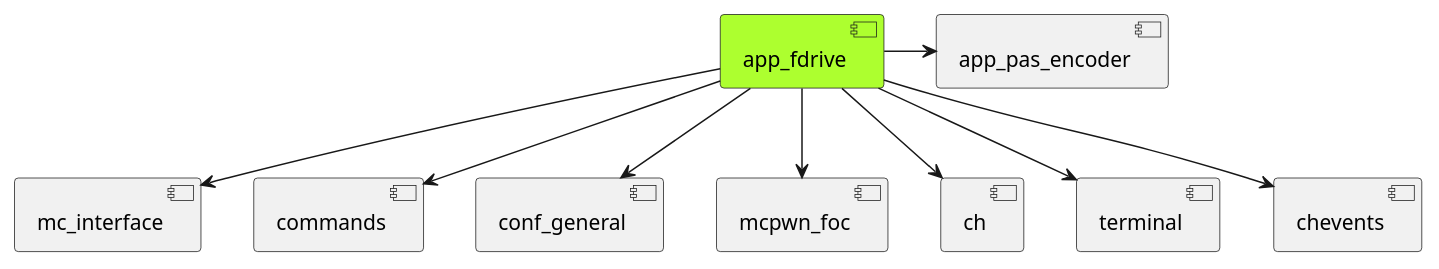
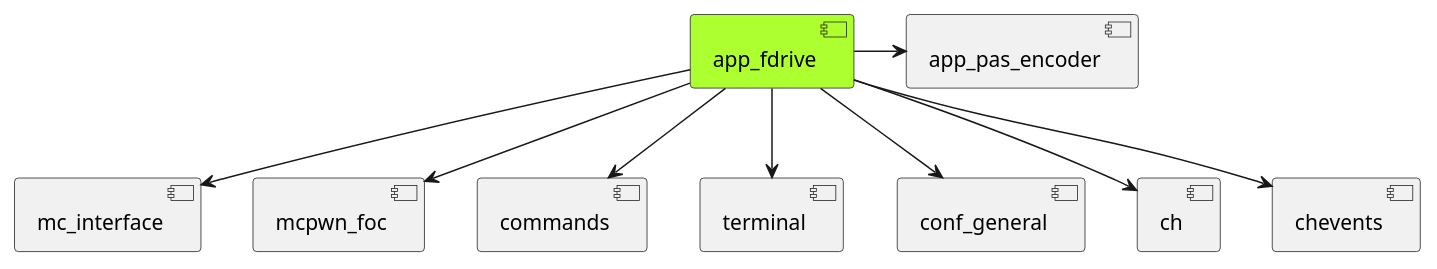
Before and after one commit to PiotrStrzalka/PiotrStrzalka.github.io: the diagram in uml/fdrive-components-cooperation.iuml, drawn with PlantUML. The commit also changed 12 other files, not shown here.

```diff
--- a/uml/fdrive-components-cooperation.iuml
+++ b/uml/fdrive-components-cooperation.iuml
@@ -1,24 +1,25 @@
 @startuml
 
 [app_fdrive] #GreenYellow
+[app_pas_encoder]
 [mc_interface]
-[app_pas_encoder]
+[mcpwn_foc]
 [commands]
+[terminal]
 [conf_general]
-[mcpwn_foc]
 [ch]
-[terminal]
+
 [chevents]
 
 app_fdrive -right-> app_pas_encoder
 app_fdrive --> mc_interface
+app_fdrive --> mcpwn_foc
 app_fdrive --> commands
+app_fdrive --> terminal
 app_fdrive --> conf_general
-app_fdrive --> mcpwn_foc
 app_fdrive --> ch
-app_fdrive --> terminal
 app_fdrive --> chevents
 
 
 
 @enduml
```
